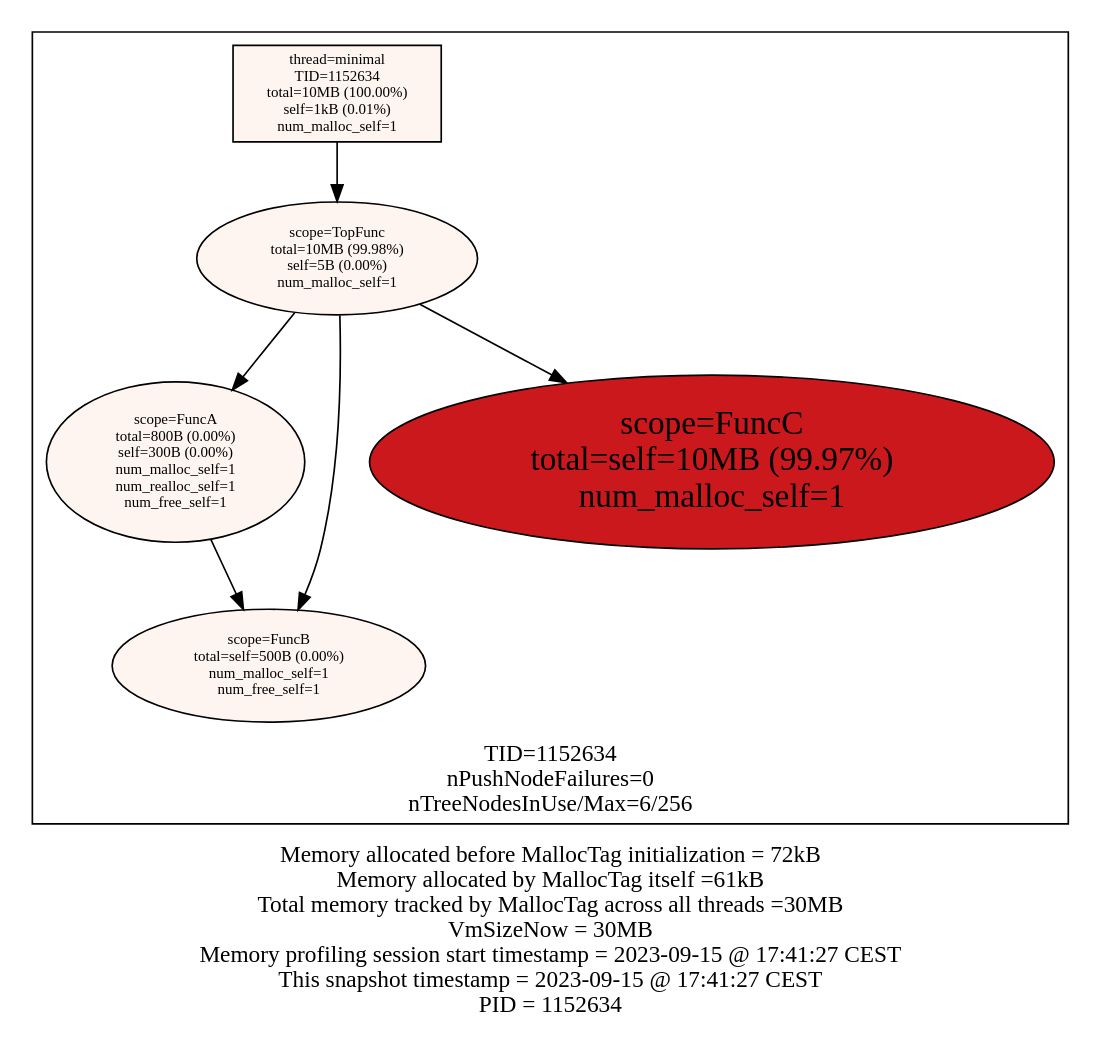
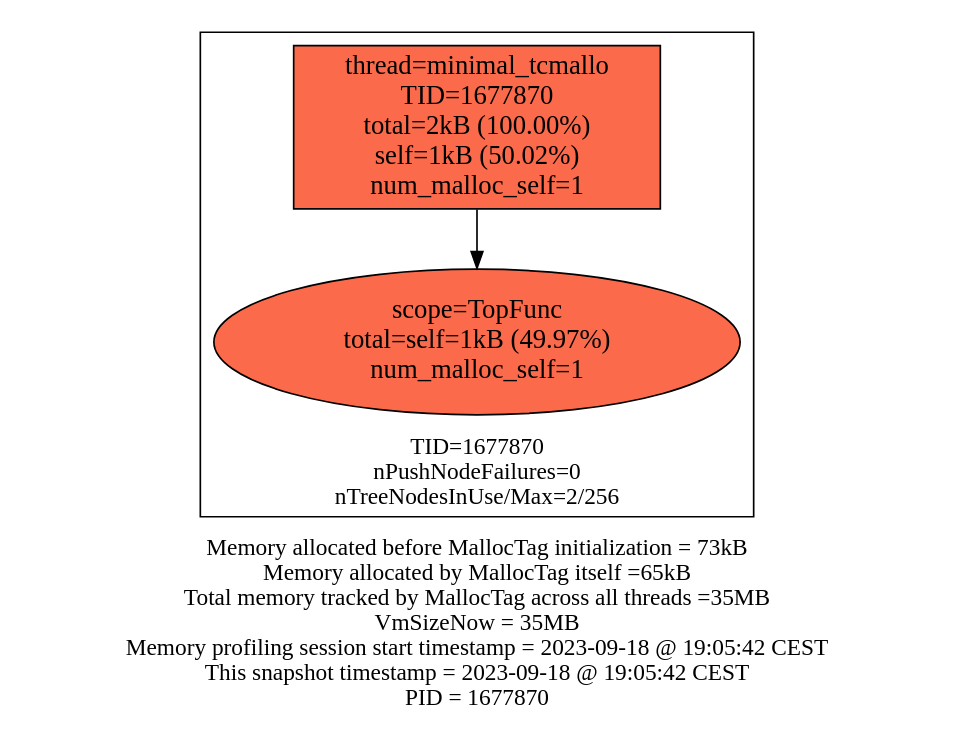
One commit to f18m/malloc-tag changed the diagram in examples/minimal/minimal_stats.dot. Above: the diagram before and after it, drawn with Graphviz. The commit also changed 6 other files, not shown here.

```diff
--- a/examples/minimal/minimal_stats.dot
+++ b/examples/minimal/minimal_stats.dot
@@ -1,22 +1,14 @@
 digraph MallocTree {
  node [colorscheme=reds9 style=filled]
- subgraph cluster_TID1152634 {
+ subgraph cluster_TID1677870 {
   node [colorscheme=reds9 style=filled]
   labelloc="b"
-  label="TID=1152634\nnPushNodeFailures=0\nnTreeNodesInUse/Max=6/256\n"
-  "1152634_minimal" [label="thread=minimal\nTID=1152634\ntotal=10MB (100.00%)\nself=1kB (0.01%)\nnum_malloc_self=1" shape=box fillcolor=1 fontsize=9]
-  "1152634_minimal" -> "1152634_TopFunc"
-  "1152634_TopFunc" [label="scope=TopFunc\ntotal=10MB (99.98%)\nself=5B (0.00%)\nnum_malloc_self=1" fillcolor=1 fontsize=9]
-  "1152634_TopFunc" -> "1152634_FuncA"
-  "1152634_TopFunc" -> "1152634_FuncB"
-  "1152634_TopFunc" -> "1152634_FuncC"
-  "1152634_FuncA" [label="scope=FuncA\ntotal=800B (0.00%)\nself=300B (0.00%)\nnum_malloc_self=1\nnum_realloc_self=1\nnum_free_self=1" fillcolor=1 fontsize=9]
-  "1152634_FuncA" -> "1152634_FuncB"
-  "1152634_FuncB" [label="scope=FuncB\ntotal=self=500B (0.00%)\nnum_malloc_self=1\nnum_free_self=1" fillcolor=1 fontsize=9]
-  "1152634_FuncB" [label="scope=FuncB\ntotal=self=500B (0.00%)\nnum_malloc_self=1\nnum_free_self=1" fillcolor=1 fontsize=9]
-  "1152634_FuncC" [label="scope=FuncC\ntotal=self=10MB (99.97%)\nnum_malloc_self=1" fillcolor=7 fontsize=20]
+  label="TID=1677870\nnPushNodeFailures=0\nnTreeNodesInUse/Max=2/256\n"
+  "1677870_minimal_tcmallo" [label="thread=minimal_tcmallo\nTID=1677870\ntotal=2kB (100.00%)\nself=1kB (50.02%)\nnum_malloc_self=1" shape=box fillcolor=5 fontsize=16]
+  "1677870_minimal_tcmallo" -> "1677870_TopFunc"
+  "1677870_TopFunc" [label="scope=TopFunc\ntotal=self=1kB (49.97%)\nnum_malloc_self=1" fillcolor=5 fontsize=16]
  }
 
  labelloc="b"
- label="Memory allocated before MallocTag initialization = 72kB\nMemory allocated by MallocTag itself =61kB\nTotal memory tracked by MallocTag across all threads =30MB\nVmSizeNow = 30MB\nMemory profiling session start timestamp = 2023-09-15 @ 17:41:27 CEST\nThis snapshot timestamp = 2023-09-15 @ 17:41:27 CEST\nPID = 1152634\n"
+ label="Memory allocated before MallocTag initialization = 73kB\nMemory allocated by MallocTag itself =65kB\nTotal memory tracked by MallocTag across all threads =35MB\nVmSizeNow = 35MB\nMemory profiling session start timestamp = 2023-09-18 @ 19:05:42 CEST\nThis snapshot timestamp = 2023-09-18 @ 19:05:42 CEST\nPID = 1677870\n"
 }
```
